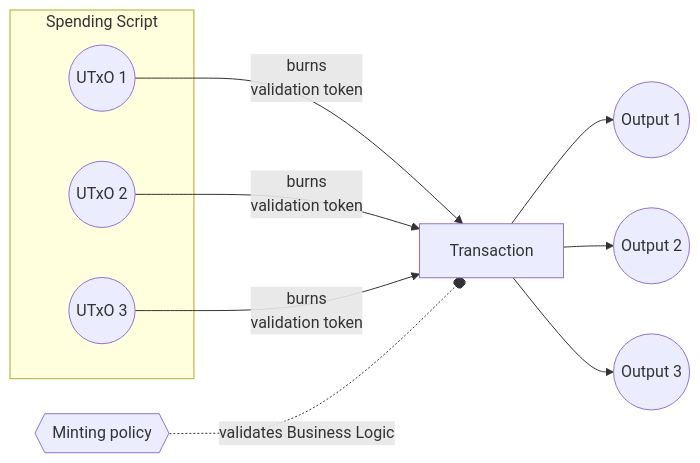
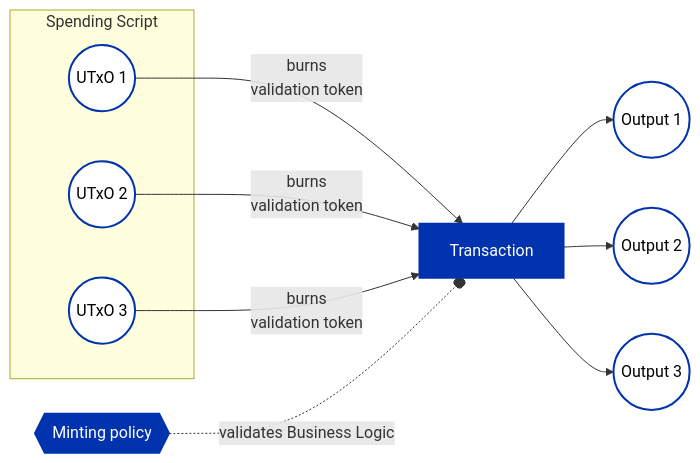
The fourth of 4 diagrams in docs/smart-contracts/advanced/design-patterns/transaction-level-validation/transaction-level-validation-minting-policy.md (cardano-foundation/developer-portal), drawn with Mermaid before and after one commit. The commit also changed other lines of this file and 14 other files, not shown here.

Commit message:
cardano unified color scheme for mermaid diagrams

````diff
--- a/docs/smart-contracts/advanced/design-patterns/transaction-level-validation/transaction-level-validation-minting-policy.md
+++ b/docs/smart-contracts/advanced/design-patterns/transaction-level-validation/transaction-level-validation-minting-policy.md
@@ -80,16 +95,21 @@
 ```mermaid
 graph LR
     TX[Transaction]
     subgraph Spending Script
     S1((UTxO 1))
     S2((UTxO 2))
     S3((UTxO 3))
     end
     S1 -->|burns \n validation token| TX
     S2 -->|burns \n validation token| TX
     S3 -->|burns \n validation token| TX
     MP{{Minting policy}} -.-o |validates Business Logic| TX
     TX --> A1((Output 1))
     TX --> A2((Output 2))
     TX --> A3((Output 3))
+
+    classDef emphasized fill:#0033AD,stroke:#0033AD,stroke-width:2px,color:#FFFFFF
+    classDef regular fill:#FFFFFF,stroke:#0033AD,stroke-width:2px,color:#000000
+    class TX,MP emphasized
+    class S1,S2,S3,A1,A2,A3 regular
 ```
````
